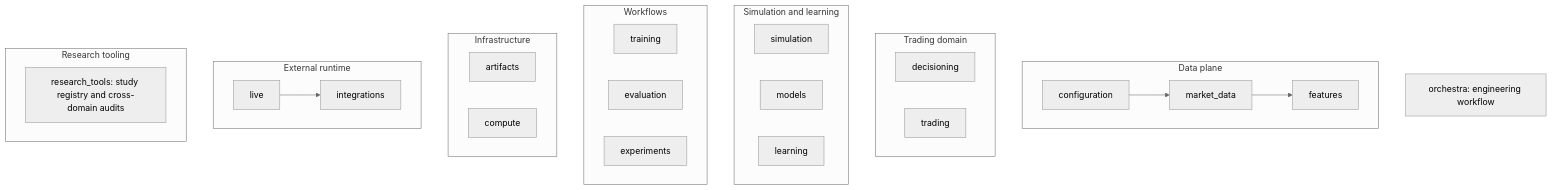
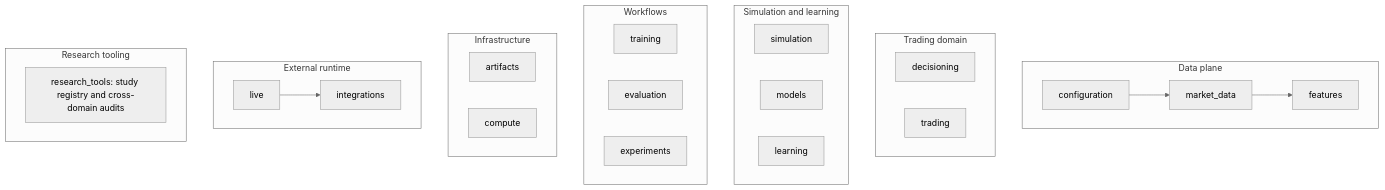
One commit to nntk072/Quantitative-RL-Trading-System changed the diagram in docs/architecture/building_blocks.md. Above: the diagram before and after it, drawn with Mermaid (neutral theme). The commit also changed other lines of this file and 116 other files, not shown here.

````diff
--- a/docs/architecture/building_blocks.md
+++ b/docs/architecture/building_blocks.md
@@ -6,31 +6,30 @@
 ```mermaid
 flowchart TB
     subgraph Data[Data plane]
         configuration --> market_data --> features
     end
     subgraph Domain[Trading domain]
         decisioning
         trading
     end
     subgraph SimulationLearning[Simulation and learning]
         simulation
         models
         learning
     end
     subgraph Workflows[Workflows]
         training
         evaluation
         experiments
     end
     subgraph Infrastructure[Infrastructure]
         artifacts
         compute
     end
     subgraph Runtime[External runtime]
         live --> integrations
     end
     subgraph ResearchTooling[Research tooling]
         research_tools[research_tools: study registry and cross-domain audits]
     end
-    orchestra[orchestra: engineering workflow]
 ```
````
